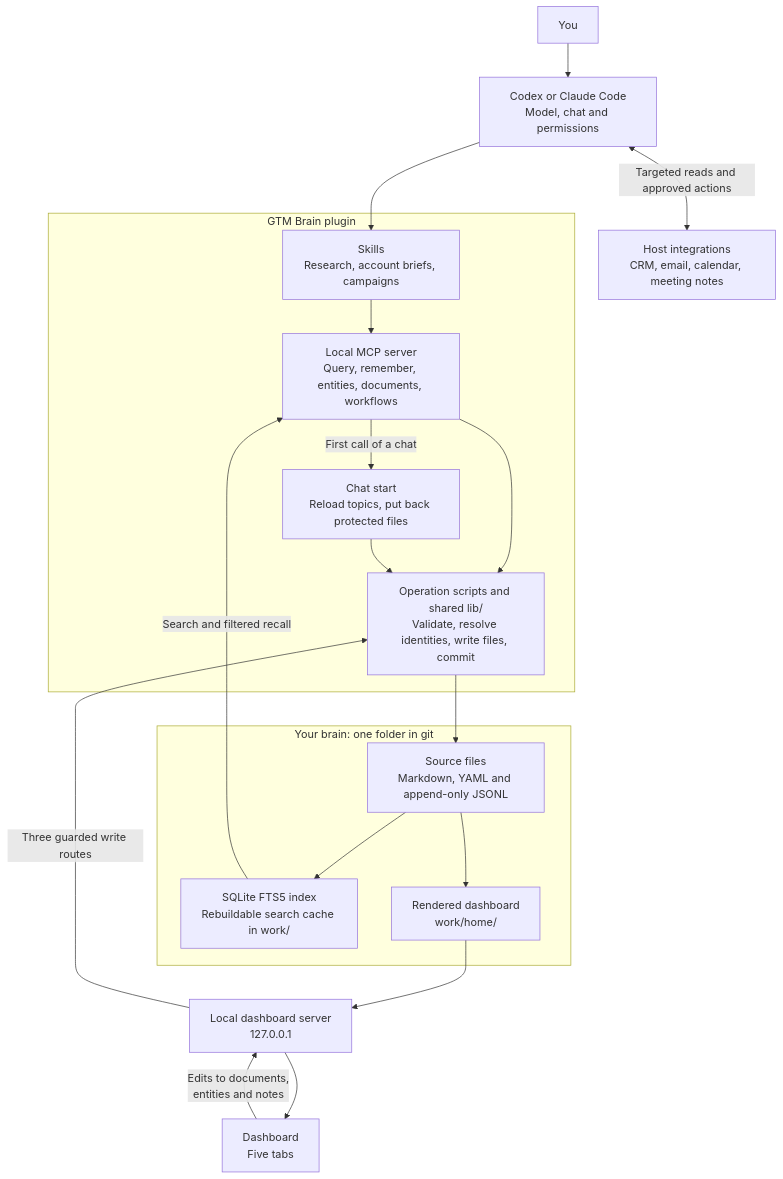
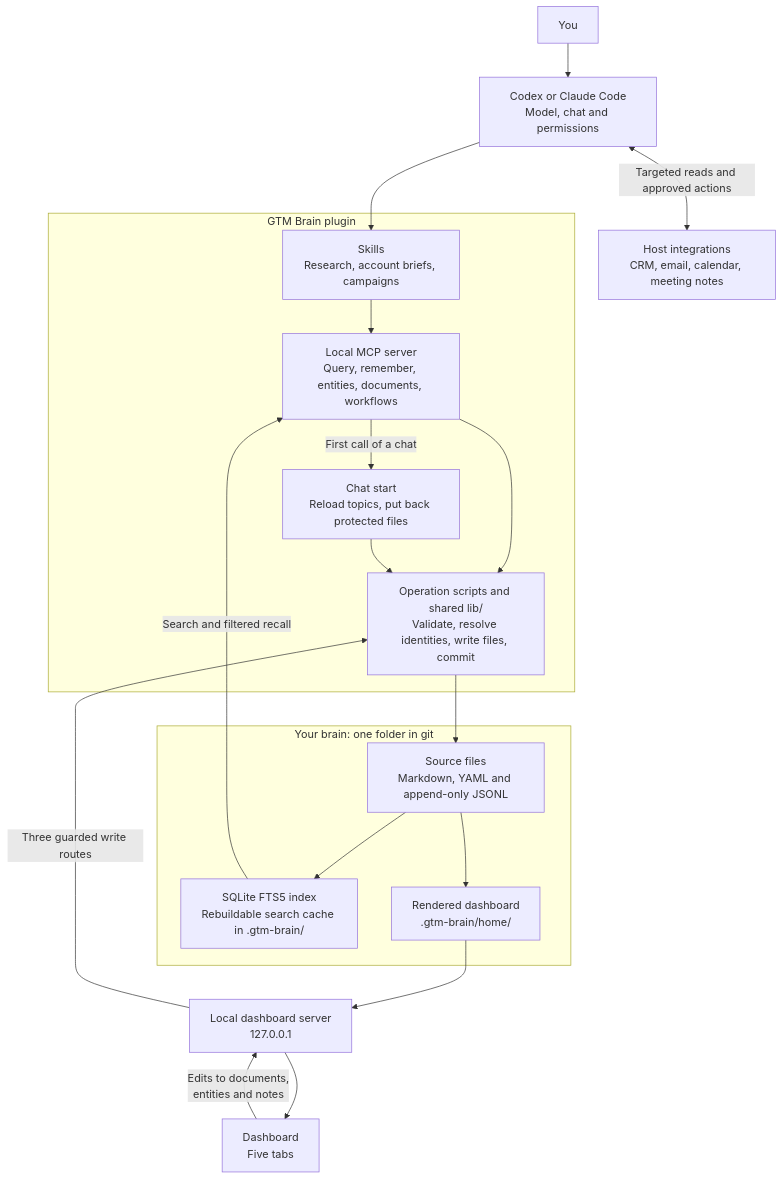
Before and after one commit to gtm-week/gtm-brain: the first of 2 diagrams in README.md, drawn with Mermaid. The commit also changed other lines of this file and 3 other files, not shown here.

````diff
--- a/README.md
+++ b/README.md
@@ -510,28 +513,28 @@
 ```mermaid
 flowchart TB
   person["You"] --> chat["Codex or Claude Code<br/>Model, chat and permissions"]
   chat --> skills["Skills<br/>Research, account briefs, campaigns"]
   chat <-->|"Targeted reads and approved actions"| connectors["Host integrations<br/>CRM, email, calendar, meeting notes"]
 
   subgraph plugin["GTM Brain plugin"]
     skills --> mcp["Local MCP server<br/>Query, remember, entities, documents, workflows"]
     mcp -->|"First call of a chat"| session["Chat start<br/>Reload topics, put back protected files"]
     mcp --> operations["Operation scripts and shared lib/<br/>Validate, resolve identities, write files, commit"]
     session --> operations
   end
 
   subgraph workspace["Your brain: one folder in git"]
     files["Source files<br/>Markdown, YAML and append-only JSONL"]
-    index["SQLite FTS5 index<br/>Rebuildable search cache in work/"]
-    view["Rendered dashboard<br/>work/home/"]
+    index["SQLite FTS5 index<br/>Rebuildable search cache in .gtm-brain/"]
+    view["Rendered dashboard<br/>.gtm-brain/home/"]
   end
 
   operations --> files
   files --> index
   index -->|"Search and filtered recall"| mcp
   files --> view
   view --> server["Local dashboard server<br/>127.0.0.1"]
   server --> dashboard["Dashboard<br/>Five tabs"]
   dashboard -->|"Edits to documents,<br/>entities and notes"| server
   server -->|"Three guarded write routes"| operations
 ```
````
